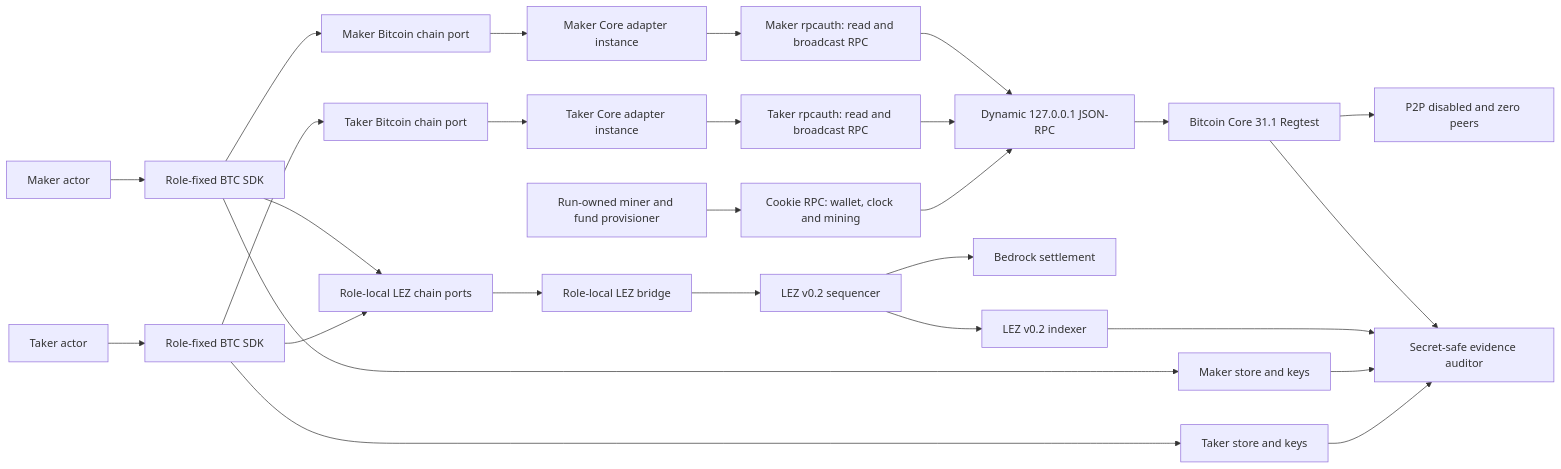
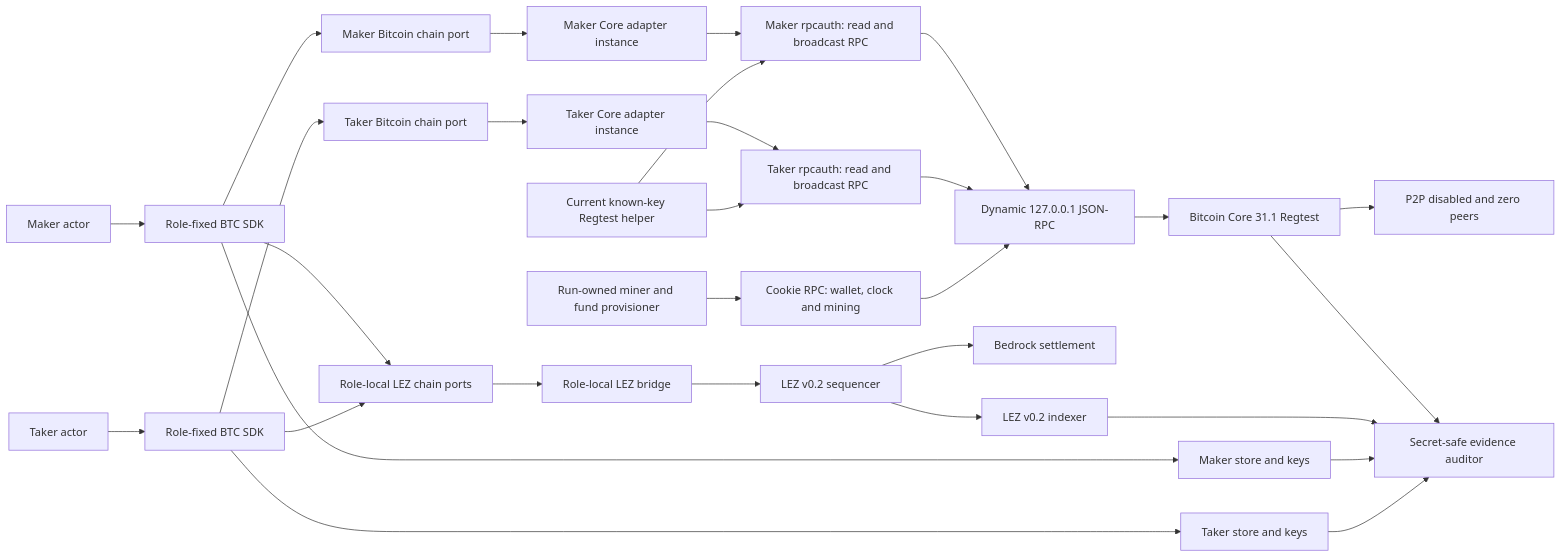
Before and after one commit to gateway-fm/lez-atomic-swaps: the first of 5 diagrams in docs/architecture/0029-m3-bitcoin-local-poc-entry.md, drawn with Mermaid. The commit also changed other lines of this file and 13 other files, not shown here.

````diff
--- a/docs/architecture/0029-m3-bitcoin-local-poc-entry.md
+++ b/docs/architecture/0029-m3-bitcoin-local-poc-entry.md
@@ -32,29 +34,31 @@
 ```mermaid
 flowchart LR
     Maker["Maker actor"] --> MakerSdk["Role-fixed BTC SDK"]
     Taker["Taker actor"] --> TakerSdk["Role-fixed BTC SDK"]
     MakerSdk --> MakerBtcPort["Maker Bitcoin chain port"]
     TakerSdk --> TakerBtcPort["Taker Bitcoin chain port"]
     MakerSdk --> LezPort["Role-local LEZ chain ports"]
     TakerSdk --> LezPort
     MakerBtcPort --> MakerCoreAdapter["Maker Core adapter instance"]
     TakerBtcPort --> TakerCoreAdapter["Taker Core adapter instance"]
     MakerCoreAdapter --> MakerAuth["Maker rpcauth: read and broadcast RPC"]
     TakerCoreAdapter --> TakerAuth["Taker rpcauth: read and broadcast RPC"]
     Provisioner["Run-owned miner and fund provisioner"] --> CookieAuth["Cookie RPC: wallet, clock and mining"]
     MakerAuth --> Loopback["Dynamic 127.0.0.1 JSON-RPC"]
     TakerAuth --> Loopback
     CookieAuth --> Loopback
     Loopback --> Core["Bitcoin Core 31.1 Regtest"]
     Core --> NoPeers["P2P disabled and zero peers"]
     LezPort --> RoleBridge["Role-local LEZ bridge"]
     RoleBridge --> Sequencer["LEZ v0.2 sequencer"]
     Sequencer --> Bedrock["Bedrock settlement"]
     Sequencer --> Indexer["LEZ v0.2 indexer"]
     MakerSdk --> MakerStore["Maker store and keys"]
     TakerSdk --> TakerStore["Taker store and keys"]
     Core --> Evidence["Secret-safe evidence auditor"]
     Indexer --> Evidence
     MakerStore --> Evidence
     TakerStore --> Evidence
+    Fixture["Current known-key Regtest helper"] --> TakerAuth
+    Fixture --> MakerAuth
 ```
````
